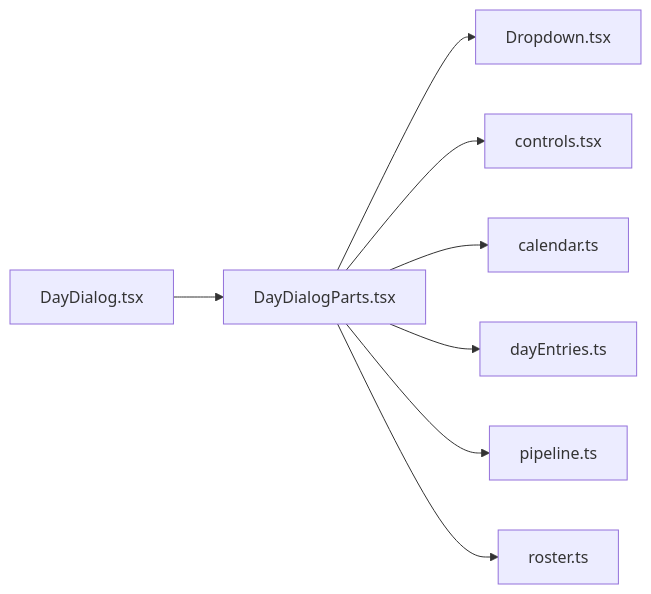
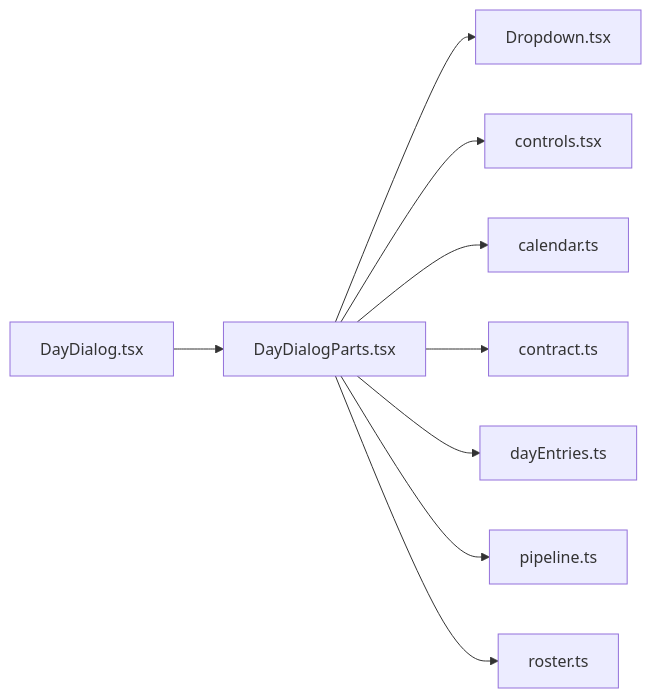
Before and after one commit to minkong-dev/Banblit: the diagram in .cluedoc/graph/frontend/src/routes/DayDialogParts.md, drawn with Mermaid. The commit also changed other lines of this file and 8 other files, not shown here.

Commit message:
frontend: declare the settings response, its defaults and the room input once in contract

````diff
--- a/.cluedoc/graph/frontend/src/routes/DayDialogParts.md
+++ b/.cluedoc/graph/frontend/src/routes/DayDialogParts.md
@@ -10,11 +10,12 @@
 ```mermaid
 flowchart LR
   frontend_src_routes_DayDialogParts["DayDialogParts.tsx"]
   frontend_src_routes_DayDialogParts --> frontend_src_components_Dropdown["Dropdown.tsx"]
   frontend_src_routes_DayDialogParts --> frontend_src_components_controls["controls.tsx"]
   frontend_src_routes_DayDialogParts --> frontend_src_lib_calendar["calendar.ts"]
+  frontend_src_routes_DayDialogParts --> frontend_src_lib_contract["contract.ts"]
   frontend_src_routes_DayDialogParts --> frontend_src_lib_dayEntries["dayEntries.ts"]
   frontend_src_routes_DayDialogParts --> frontend_src_lib_pipeline["pipeline.ts"]
   frontend_src_routes_DayDialogParts --> frontend_src_lib_roster["roster.ts"]
   frontend_src_routes_DayDialog["DayDialog.tsx"] --> frontend_src_routes_DayDialogParts
 ```
````
